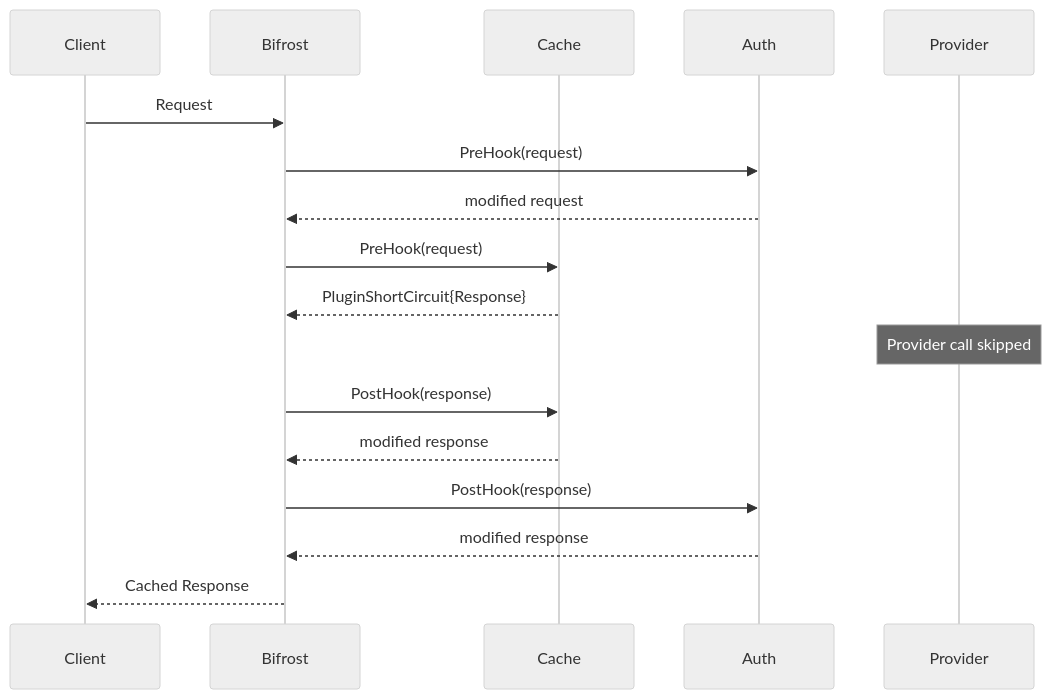
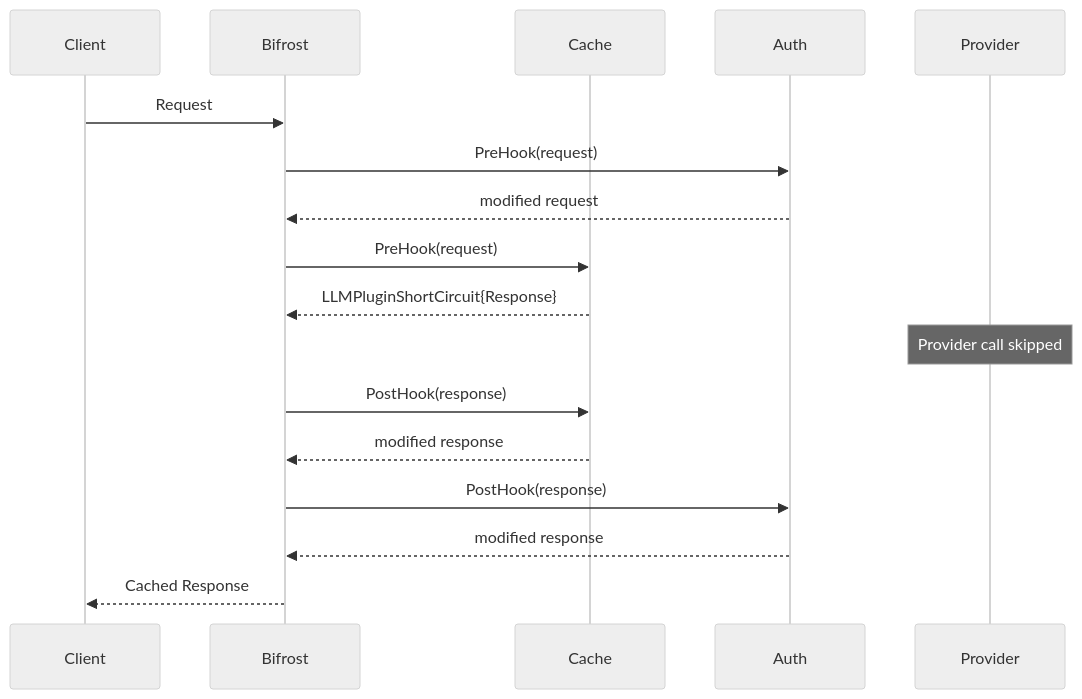
The fourth of 10 diagrams in docs/architecture/core/plugins.mdx (maximhq/bifrost), drawn with Mermaid (neutral theme) before and after one commit. The commit also changed other lines of this file and 28 other files, not shown here.

Commit message:
feat: plugin schemas segregation for mcp plugins

````diff
--- a/docs/architecture/core/plugins.mdx
+++ b/docs/architecture/core/plugins.mdx
@@ -172,20 +172,20 @@
 ```mermaid
 sequenceDiagram
     participant Client
     participant Bifrost
     participant Cache
     participant Auth
     participant Provider
 
     Client->>Bifrost: Request
     Bifrost->>Auth: PreHook(request)
     Auth-->>Bifrost: modified request
     Bifrost->>Cache: PreHook(request)
-    Cache-->>Bifrost: PluginShortCircuit{Response}
+    Cache-->>Bifrost: LLMPluginShortCircuit{Response}
     Note over Provider: Provider call skipped
     Bifrost->>Cache: PostHook(response)
     Cache-->>Bifrost: modified response
     Bifrost->>Auth: PostHook(response)
     Auth-->>Bifrost: modified response
     Bifrost-->>Client: Cached Response
 ```
````
